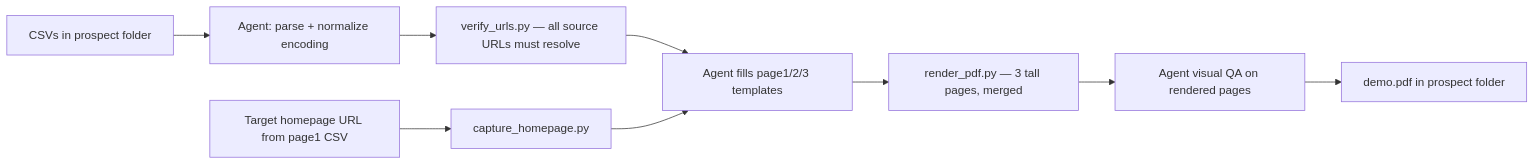
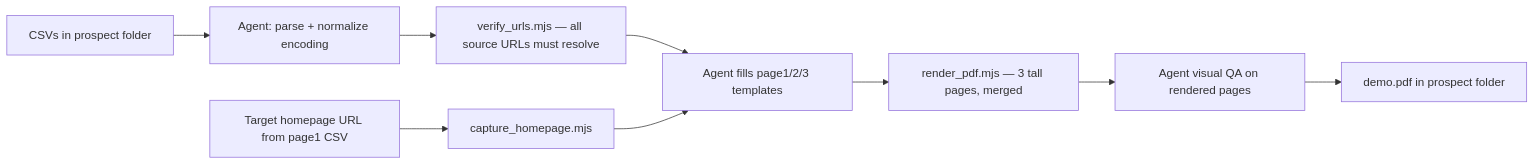
The diagram in docs/superpowers/specs/2026-07-21-demo-pdf-skill-design.md (kamlau024/VisitorIntelligence), drawn with Mermaid before and after one commit. The commit also changed other lines of this file and 3 other files, not shown here.

````diff
--- a/docs/superpowers/specs/2026-07-21-demo-pdf-skill-design.md
+++ b/docs/superpowers/specs/2026-07-21-demo-pdf-skill-design.md
@@ -53,11 +53,11 @@
 ```mermaid
 graph LR
     A[CSVs in prospect folder] --> B[Agent: parse + normalize encoding]
-    U[Target homepage URL from page1 CSV] --> D[capture_homepage.py]
-    B --> C[verify_urls.py — all source URLs must resolve]
+    U[Target homepage URL from page1 CSV] --> D[capture_homepage.mjs]
+    B --> C[verify_urls.mjs — all source URLs must resolve]
     C --> E[Agent fills page1/2/3 templates]
     D --> E
-    E --> F[render_pdf.py — 3 tall pages, merged]
+    E --> F[render_pdf.mjs — 3 tall pages, merged]
     F --> G[Agent visual QA on rendered pages]
     G --> H[demo.pdf in prospect folder]
 ```
````
